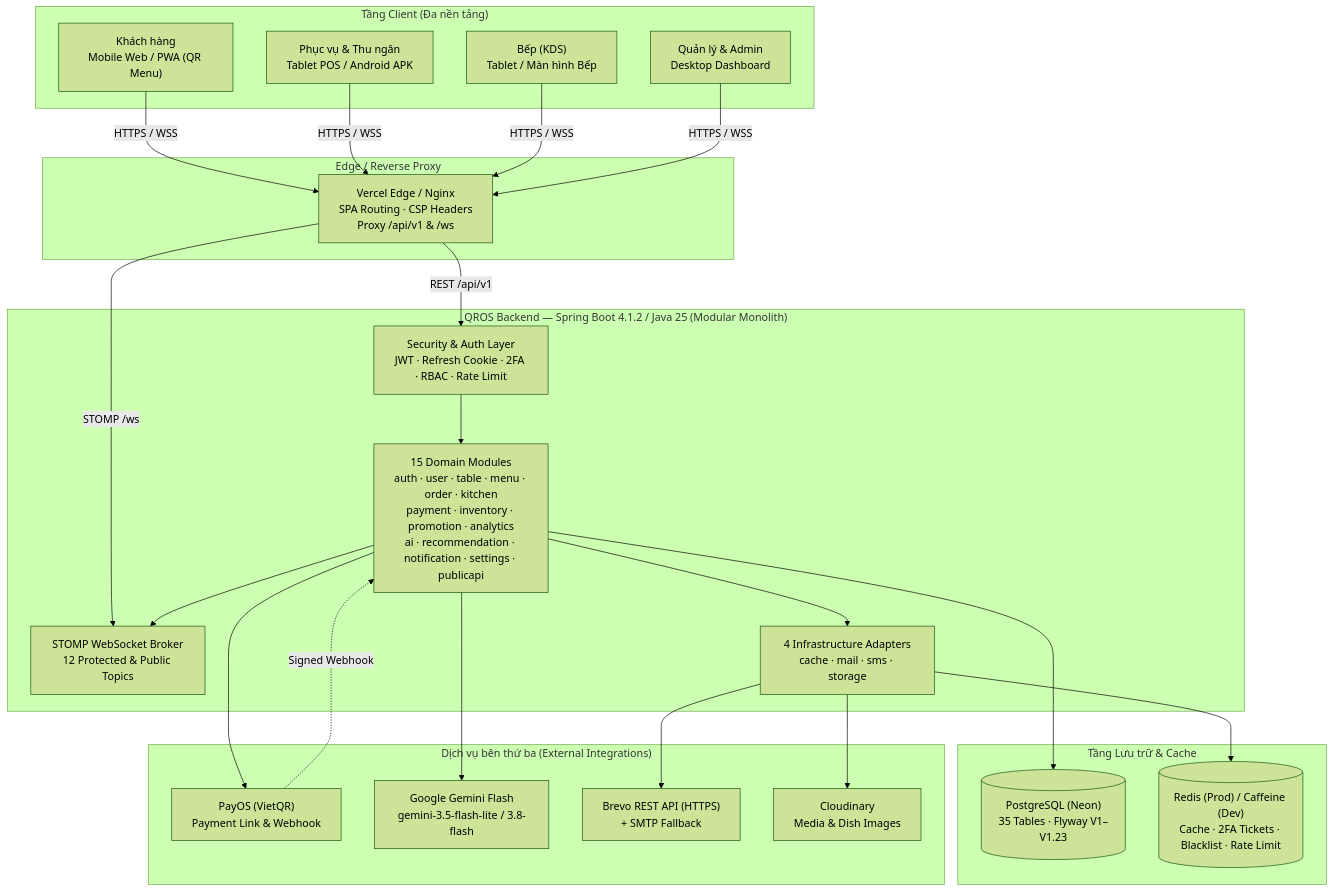
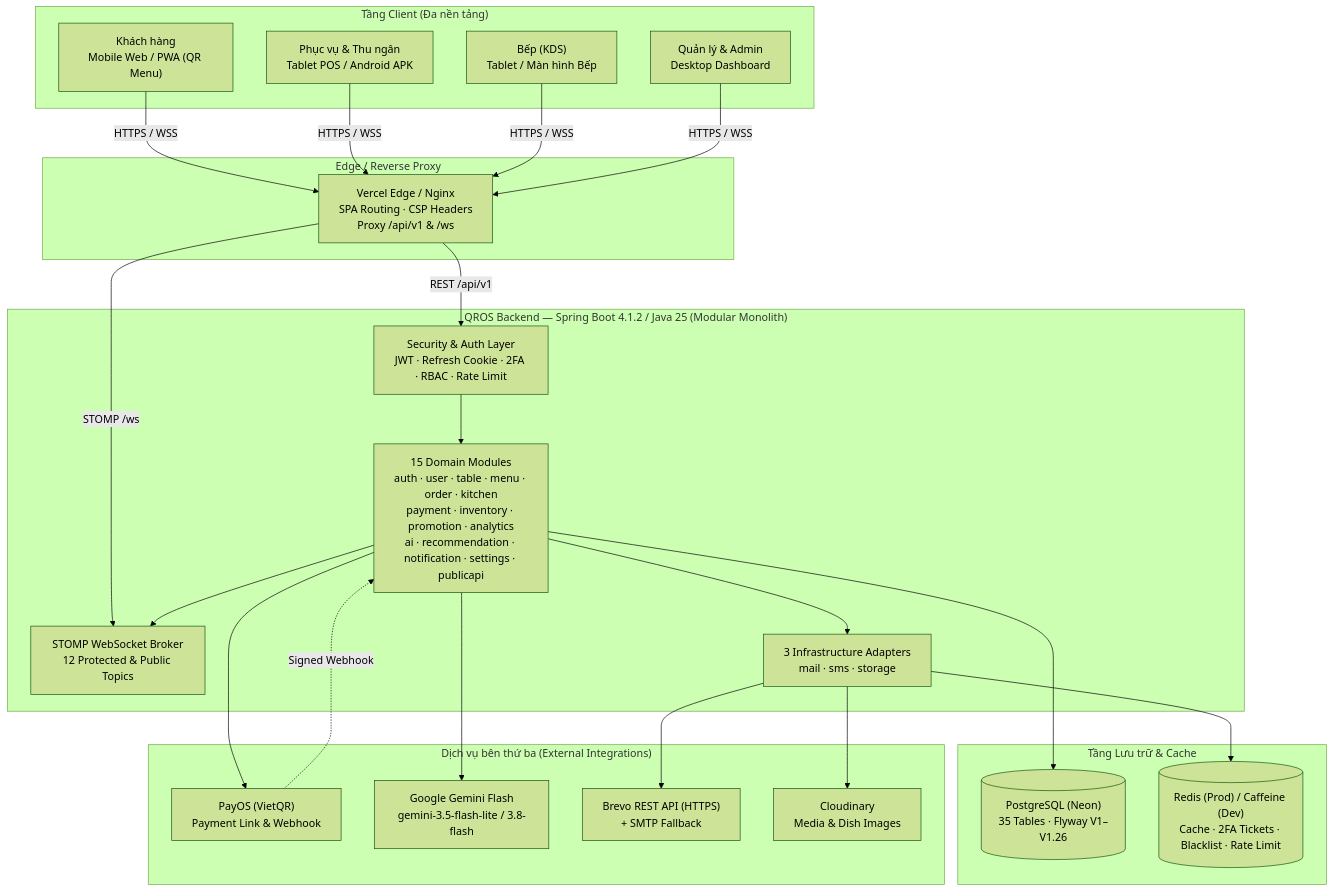
Before and after one commit to lequochuy05/order_by_qr: the first of 8 diagrams in docs/knowledge/04-tech/SYSTEM_DESIGN.md, drawn with Mermaid (forest theme). The commit also changed other lines of this file and 19 other files, not shown here.

````diff
--- a/docs/knowledge/04-tech/SYSTEM_DESIGN.md
+++ b/docs/knowledge/04-tech/SYSTEM_DESIGN.md
@@ -43,46 +43,46 @@
 ```mermaid
 flowchart TB
     subgraph Clients["Tầng Client (Đa nền tảng)"]
         C1["Khách hàng<br/>Mobile Web / PWA (QR Menu)"]
         C2["Phục vụ & Thu ngân<br/>Tablet POS / Android APK"]
         C3["Bếp (KDS)<br/>Tablet / Màn hình Bếp"]
         C4["Quản lý & Admin<br/>Desktop Dashboard"]
     end
 
     subgraph Edge["Edge / Reverse Proxy"]
         V["Vercel Edge / Nginx<br/>SPA Routing · CSP Headers<br/>Proxy /api/v1 & /ws"]
     end
 
     subgraph Backend["QROS Backend — Spring Boot 4.1.2 / Java 25 (Modular Monolith)"]
         SEC["Security & Auth Layer<br/>JWT · Refresh Cookie · 2FA · RBAC · Rate Limit"]
         MOD["15 Domain Modules<br/>auth · user · table · menu · order · kitchen<br/>payment · inventory · promotion · analytics<br/>ai · recommendation · notification · settings · publicapi"]
         WS["STOMP WebSocket Broker<br/>12 Protected & Public Topics"]
-        INFRA["4 Infrastructure Adapters<br/>cache · mail · sms · storage"]
+        INFRA["3 Infrastructure Adapters<br/>mail · sms · storage"]
     end
 
     subgraph Data["Tầng Lưu trữ & Cache"]
-        PG[("PostgreSQL (Neon)<br/>35 Tables · Flyway V1–V1.23")]
+        PG[("PostgreSQL (Neon)<br/>35 Tables · Flyway V1–V1.26")]
         RD[("Redis (Prod) / Caffeine (Dev)<br/>Cache · 2FA Tickets · Blacklist · Rate Limit")]
     end
 
     subgraph External["Dịch vụ bên thứ ba (External Integrations)"]
         PAY["PayOS (VietQR)<br/>Payment Link & Webhook"]
         AI["Google Gemini Flash<br/>gemini-3.5-flash-lite / 3.8-flash"]
         MAIL["Brevo REST API (HTTPS)<br/>+ SMTP Fallback"]
         CLD["Cloudinary<br/>Media & Dish Images"]
     end
 
     C1 & C2 & C3 & C4 -->|"HTTPS / WSS"| V
     V -->|"REST /api/v1"| SEC
     V -->|"STOMP /ws"| WS
     SEC --> MOD
     MOD --> WS
     MOD --> INFRA
     MOD --> PG
     INFRA --> RD
     MOD --> PAY
     PAY -.->|"Signed Webhook"| MOD
     MOD --> AI
     INFRA --> MAIL
     INFRA --> CLD
 ```
````
